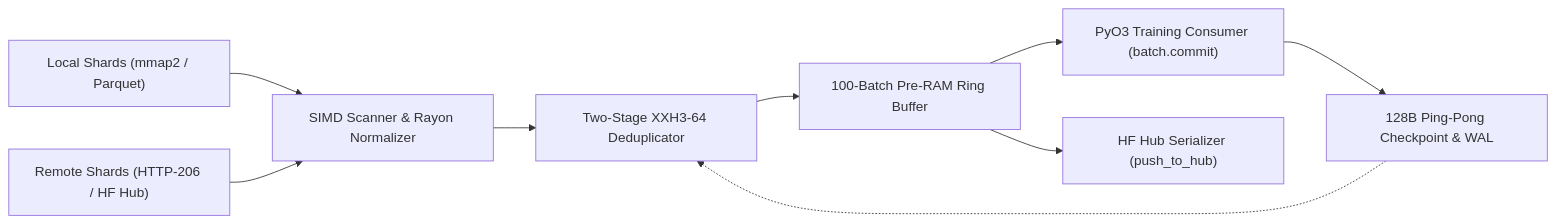
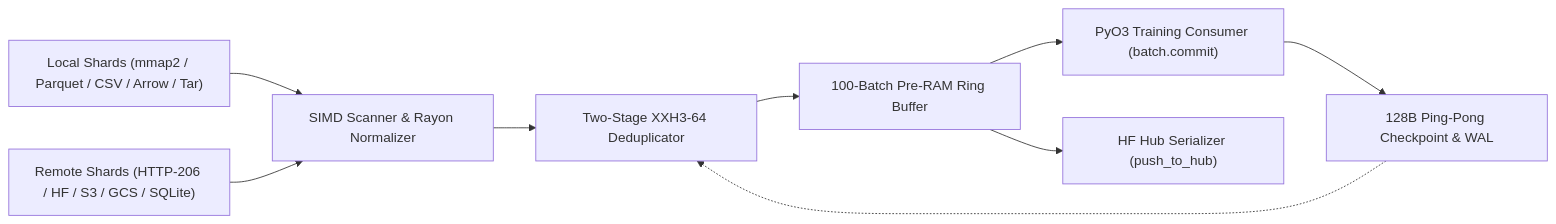
The second of 2 diagrams in docs/en/04_architecture_and_hardware.md (cloverx-id/luminamoon), drawn with Mermaid before and after one commit. The commit also changed other lines of this file and 49 other files, not shown here.

````diff
--- a/docs/en/04_architecture_and_hardware.md
+++ b/docs/en/04_architecture_and_hardware.md
@@ -34,11 +34,11 @@
 ```mermaid
 flowchart LR
-    Local["Local Shards (mmap2 / Parquet)"] --> SIMD["SIMD Scanner & Rayon Normalizer"]
-    Remote["Remote Shards (HTTP-206 / HF Hub)"] --> SIMD
+    Local["Local Shards (mmap2 / Parquet / CSV / Arrow / Tar)"] --> SIMD["SIMD Scanner & Rayon Normalizer"]
+    Remote["Remote Shards (HTTP-206 / HF / S3 / GCS / SQLite)"] --> SIMD
     SIMD --> Dedup["Two-Stage XXH3-64 Deduplicator"]
     Dedup --> PreRam["100-Batch Pre-RAM Ring Buffer"]
     PreRam --> TrainLoop["PyO3 Training Consumer (batch.commit)"]
     PreRam --> Hub["HF Hub Serializer (push_to_hub)"]
     TrainLoop --> Meta["128B Ping-Pong Checkpoint & WAL"]
     Meta -.-> Dedup
 ```
````
